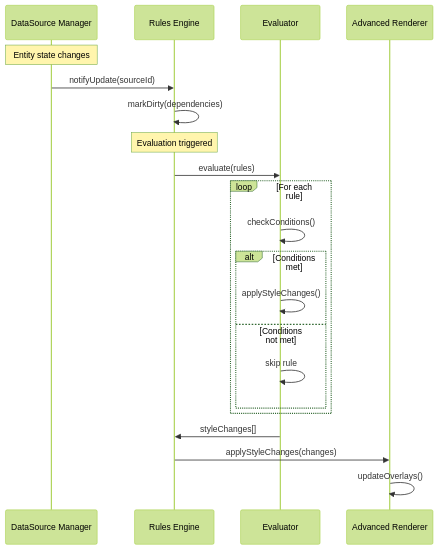
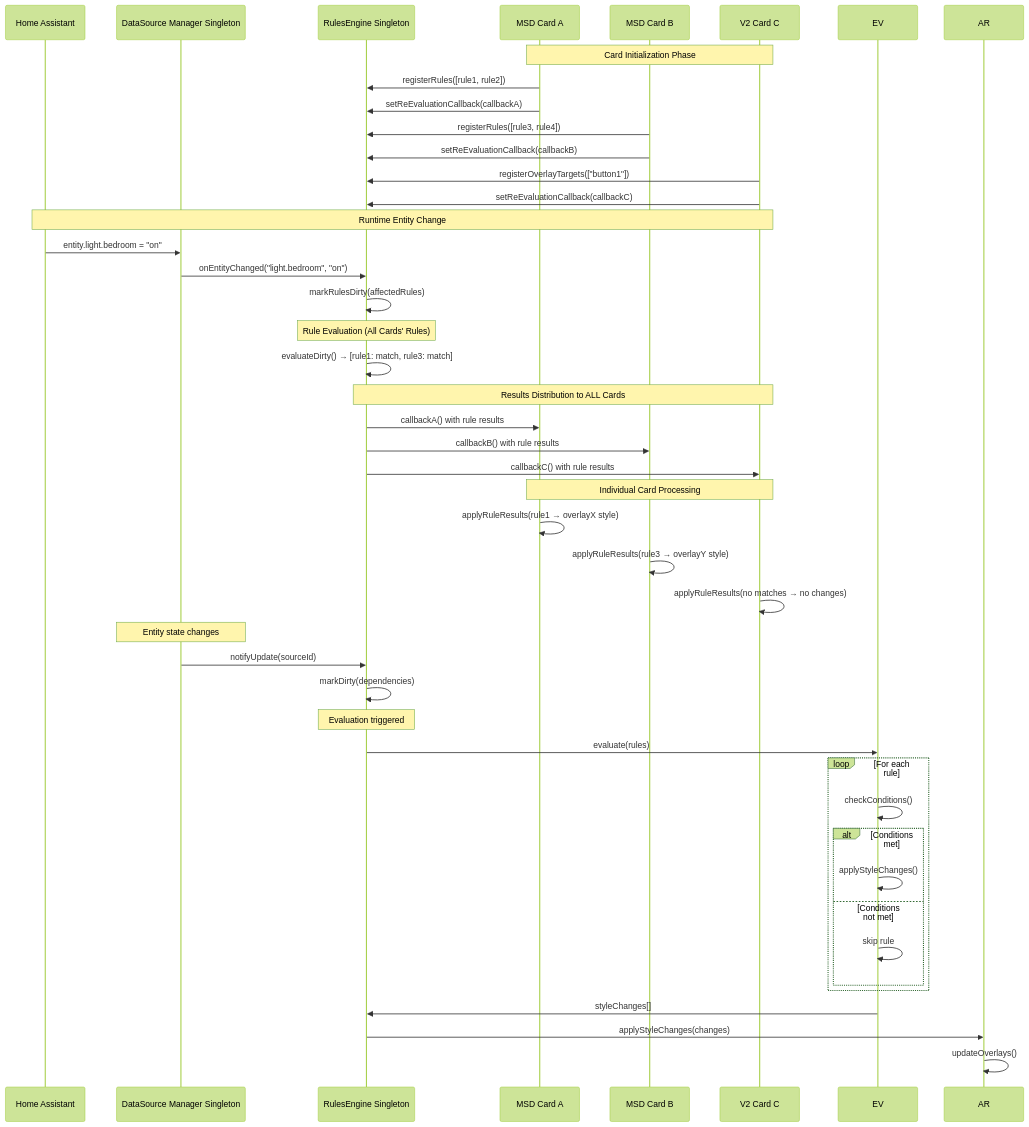
Before and after one commit to solhuebner/lcards: the second of 2 diagrams in doc/architecture/subsystems/rules-engine.md, drawn with Mermaid (forest theme). The commit also changed other lines of this file and 15 other files, not shown here.

First line of the commit message:
feat: Refactor architecture to support singleton systems across LCARdS components

````diff
--- a/doc/architecture/subsystems/rules-engine.md
+++ b/doc/architecture/subsystems/rules-engine.md
@@ -90,27 +133,55 @@
 ```mermaid
 sequenceDiagram
-    participant DSM as DataSource Manager
-    participant RE as Rules Engine
-    participant EV as Evaluator
-    participant AR as Advanced Renderer
+    participant HASS as Home Assistant
+    participant DSM as DataSource Manager Singleton
+    participant RE as RulesEngine Singleton
+    participant CardA as MSD Card A
+    participant CardB as MSD Card B
+    participant CardC as V2 Card C
+
+    Note over CardA,CardC: Card Initialization Phase
+    CardA->>RE: registerRules([rule1, rule2])
+    CardA->>RE: setReEvaluationCallback(callbackA)
+    CardB->>RE: registerRules([rule3, rule4])
+    CardB->>RE: setReEvaluationCallback(callbackB)
+    CardC->>RE: registerOverlayTargets(["button1"])
+    CardC->>RE: setReEvaluationCallback(callbackC)
+
+    Note over HASS,CardC: Runtime Entity Change
+    HASS->>DSM: entity.light.bedroom = "on"
+    DSM->>RE: onEntityChanged("light.bedroom", "on")
+    RE->>RE: markRulesDirty(affectedRules)
+
+    Note over RE: Rule Evaluation (All Cards' Rules)
+    RE->>RE: evaluateDirty() → [rule1: match, rule3: match]
+
+    Note over RE,CardC: Results Distribution to ALL Cards
+    RE->>CardA: callbackA() with rule results
+    RE->>CardB: callbackB() with rule results
+    RE->>CardC: callbackC() with rule results
+
+    Note over CardA,CardC: Individual Card Processing
+    CardA->>CardA: applyRuleResults(rule1 → overlayX style)
+    CardB->>CardB: applyRuleResults(rule3 → overlayY style)
+    CardC->>CardC: applyRuleResults(no matches → no changes)
 
     Note over DSM: Entity state changes
     DSM->>RE: notifyUpdate(sourceId)
     RE->>RE: markDirty(dependencies)
 
     Note over RE: Evaluation triggered
     RE->>EV: evaluate(rules)
 
     loop For each rule
         EV->>EV: checkConditions()
         alt Conditions met
             EV->>EV: applyStyleChanges()
         else Conditions not met
             EV->>EV: skip rule
         end
     end
 
     EV->>RE: styleChanges[]
     RE->>AR: applyStyleChanges(changes)
     AR->>AR: updateOverlays()
 ```
````
